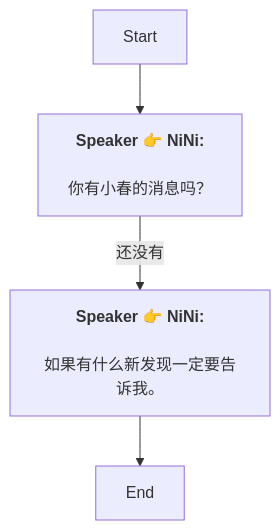
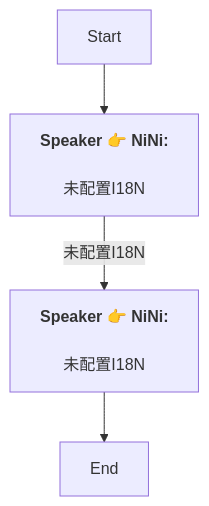
The diagram in Zh/QuestTalkObjectiveNode_1766056583163634.md (SoftHu/tos_avg), drawn with Mermaid before and after one commit. The commit also changed 780 other files, not shown here.

````diff
--- a/Zh/QuestTalkObjectiveNode_1766056583163634.md
+++ b/Zh/QuestTalkObjectiveNode_1766056583163634.md
@@ -1,9 +1,9 @@
 ```mermaid
 graph
 Start -->1766056673781493[<b>Speaker 👉 NiNi:</b>
-\n你有小春的消息吗？]
-1766056673781493 -->|还没有|1766056740157179[<b>Speaker 👉 NiNi:</b>
-\n如果有什么新发现一定要告诉我。]
+\n未配置I18N]
+1766056673781493 -->|未配置I18N|1766056740157179[<b>Speaker 👉 NiNi:</b>
+\n未配置I18N]
 1766056740157179 -->1766056844185340[End]
 
 ```
````
